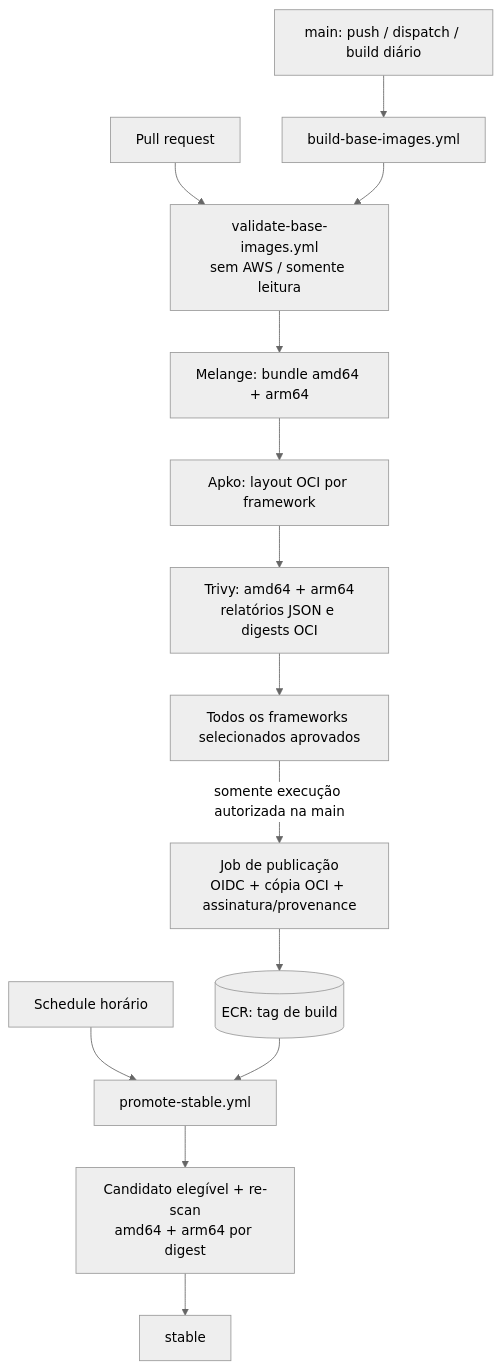
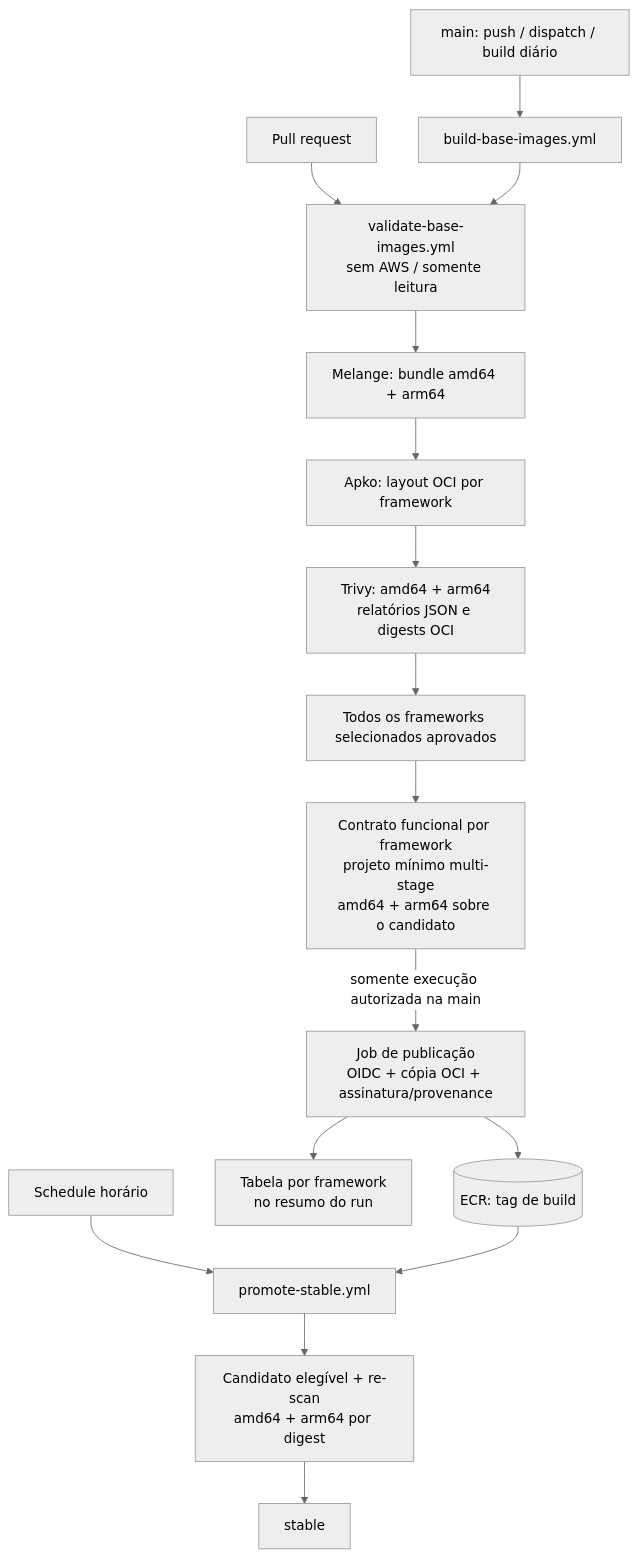
One commit to alric-corp/itau-xj7-containers-image-base changed the third of 3 diagrams in README.md. Above: the diagram before and after it, drawn with Mermaid (neutral theme). The commit also changed other lines of this file and 143 other files, not shown here.

````diff
--- a/README.md
+++ b/README.md
@@ -249,16 +256,18 @@
 ```mermaid
 flowchart TD
     PR["Pull request"] --> V["validate-base-images.yml<br/>sem AWS / somente leitura"]
     MAIN["main: push / dispatch / build diário"] --> B["build-base-images.yml"]
     B --> V
     V --> M["Melange: bundle amd64 + arm64"]
     M --> A["Apko: layout OCI por framework"]
     A --> S["Trivy: amd64 + arm64<br/>relatórios JSON e digests OCI"]
     S --> G["Todos os frameworks selecionados aprovados"]
-    G -->|"somente execução autorizada na main"| PUB["Job de publicação<br/>OIDC + cópia OCI + assinatura/provenance"]
+    G --> F["Contrato funcional por framework<br/>projeto mínimo multi-stage<br/>amd64 + arm64 sobre o candidato"]
+    F -->|"somente execução autorizada na main"| PUB["Job de publicação<br/>OIDC + cópia OCI + assinatura/provenance"]
     PUB --> ECR[("ECR: tag de build")]
+    PUB --> T["Tabela por framework<br/>no resumo do run"]
     H["Schedule horário"] --> P["promote-stable.yml"]
     ECR --> P
     P --> SOAK["Candidato elegível + re-scan<br/>amd64 + arm64 por digest"]
     SOAK --> STABLE["stable"]
 ```
````
